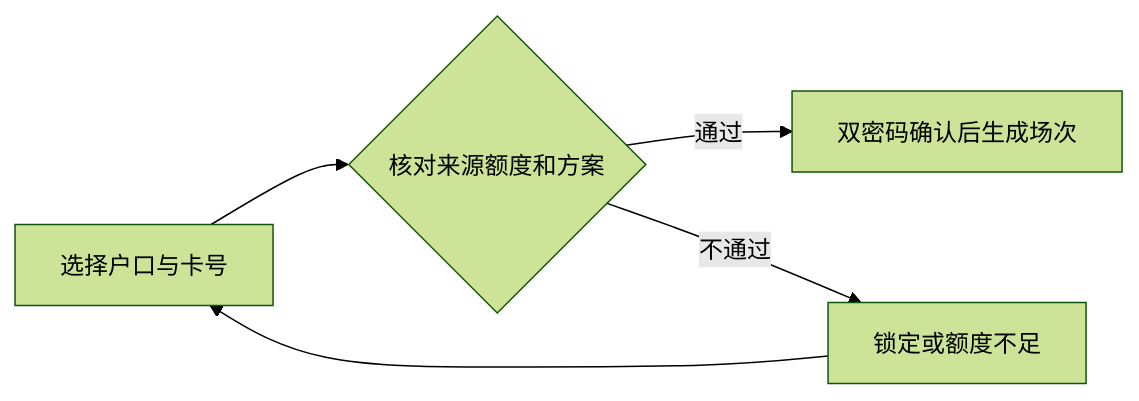
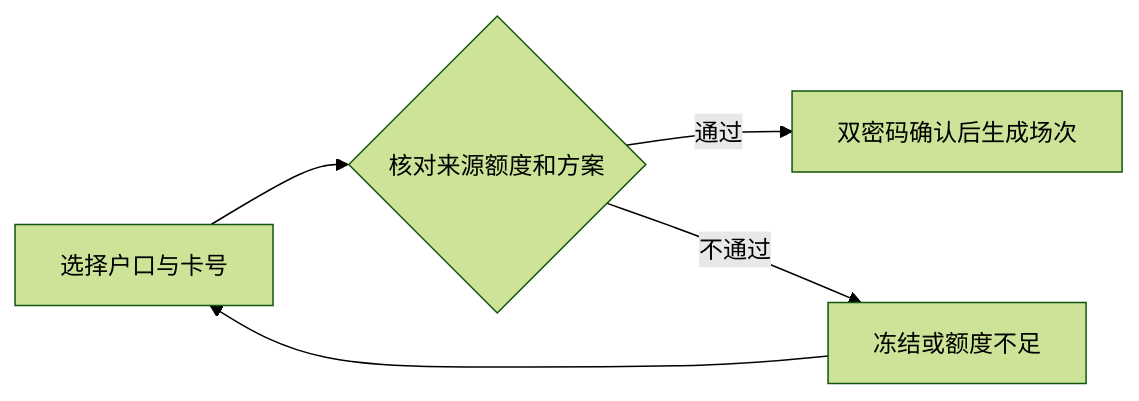
The second of 13 diagrams in docs/开工管理PRD/PRD_开工管理调整_20261031.md (bala-luoluo/cashier-prototype), drawn with Mermaid (forest theme) before and after one commit. The commit also changed other lines of this file and 11 other files, not shown here.

````diff
--- a/docs/开工管理PRD/PRD_开工管理调整_20261031.md
+++ b/docs/开工管理PRD/PRD_开工管理调整_20261031.md
@@ -149,7 +149,7 @@
 ```mermaid
 flowchart LR
  A["选择户口与卡号"] --> B{"核对来源额度和方案"}
  B -->|通过| C["双密码确认后生成场次"]
- B -->|不通过| D["锁定或额度不足"]
+ B -->|不通过| D["冻结或额度不足"]
  D --> A
 ```
````
